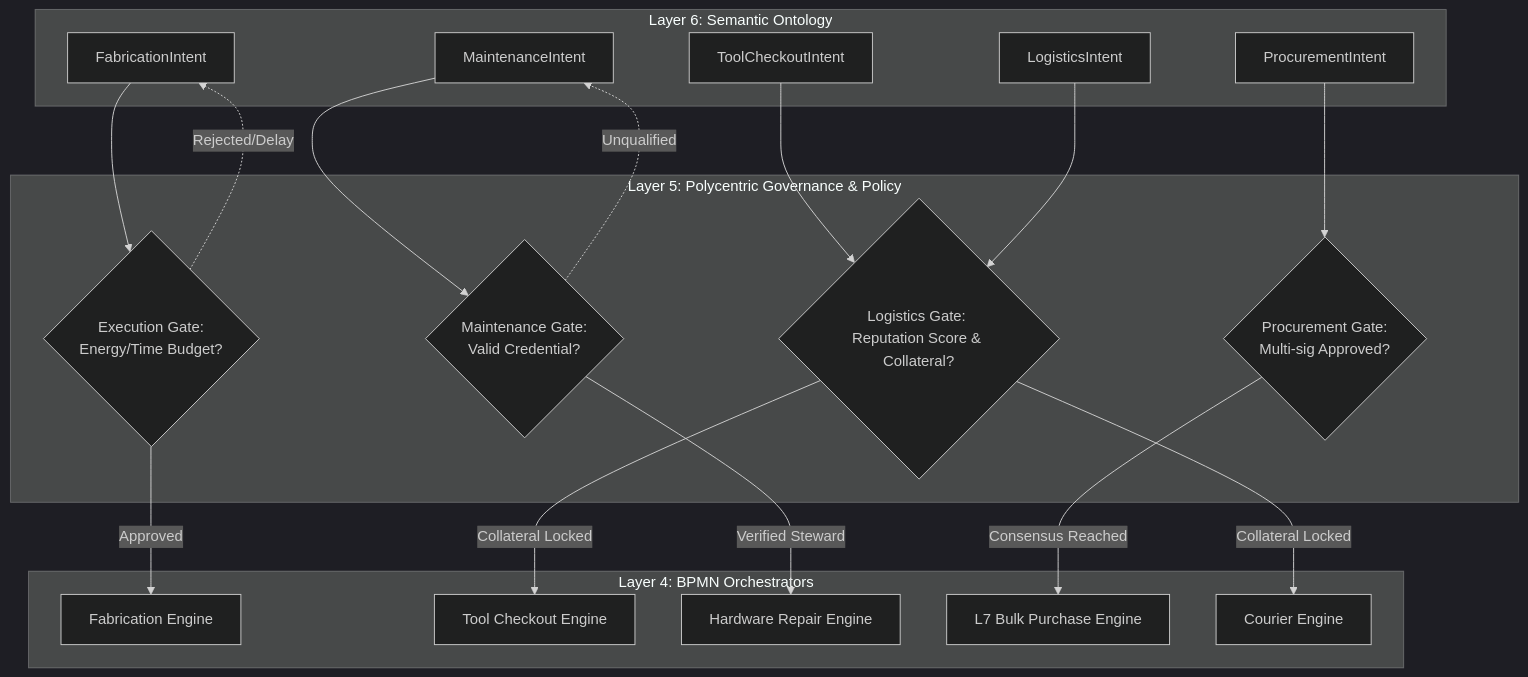
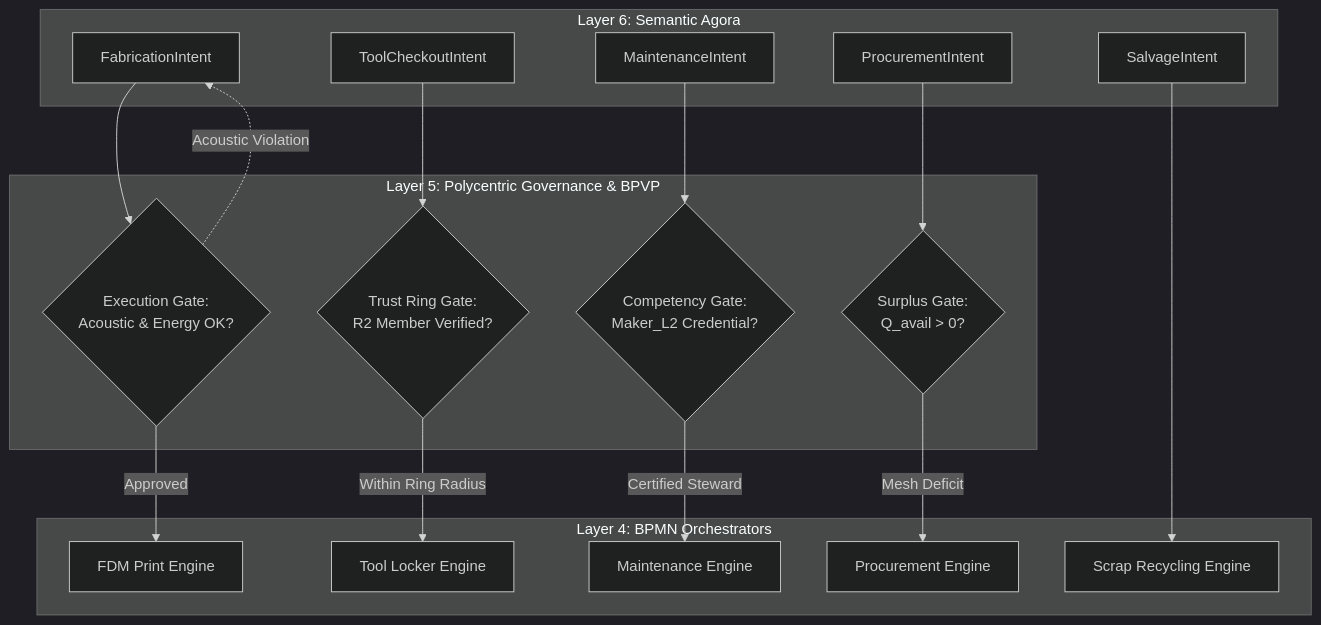
The third of 4 diagrams in docs/scenarios/alpha_fabrication.md (raffaine/collective), drawn with Mermaid (dark theme) before and after one commit. The commit also changed other lines of this file and 23 other files, not shown here.

````diff
--- a/docs/scenarios/alpha_fabrication.md
+++ b/docs/scenarios/alpha_fabrication.md
@@ -105,43 +151,40 @@
 ```mermaid
 graph TD
-    subgraph Layer 6: Semantic Ontology
+    subgraph Layer 6: Semantic Agora
         L6_Fab[FabricationIntent]
         L6_Tool[ToolCheckoutIntent]
         L6_Maint[MaintenanceIntent]
         L6_Proc[ProcurementIntent]
-        L6_Log[LogisticsIntent]
+        L6_Sal[SalvageIntent]
     end
 
-    subgraph Layer 5: Polycentric Governance & Policy
-        P_Exec{Execution Gate: <br>Energy/Time Budget?}
-        P_Maint{Maintenance Gate: <br>Valid Credential?}
-        P_Proc{Procurement Gate: <br>Multi-sig Approved?}
-        P_Log{Logistics Gate: <br>Reputation Score & Collateral?}
+    subgraph Layer 5: Polycentric Governance & BPVP
+        P_Exec{Execution Gate: <br>Acoustic & Energy OK?}
+        P_Trust{Trust Ring Gate: <br>R2 Member Verified?}
+        P_Skill{Competency Gate: <br>Maker_L2 Credential?}
+        P_Surplus{Surplus Gate: <br>Q_avail > 0?}
     end
 
     subgraph Layer 4: BPMN Orchestrators
-        BPMN_Print[Fabrication Engine]
-        BPMN_Checkout[Tool Checkout Engine]
-        BPMN_Fix[Hardware Repair Engine]
-        BPMN_Buy[L7 Bulk Purchase Engine]
-        BPMN_Move[Courier Engine]
+        BPMN_Print[FDM Print Engine]
+        BPMN_Locker[Tool Locker Engine]
+        BPMN_Repair[Maintenance Engine]
+        BPMN_Supply[Procurement Engine]
+        BPMN_Recycle[Scrap Recycling Engine]
     end
 
-    %% Routing
     L6_Fab --> P_Exec
     P_Exec -->|Approved| BPMN_Print
-    P_Exec -.->|Rejected/Delay| L6_Fab
-    
-    L6_Tool --> P_Log
-    P_Log -->|Collateral Locked| BPMN_Checkout
+    P_Exec -.->|Acoustic Violation| L6_Fab
 
-    L6_Maint --> P_Maint
-    P_Maint -->|Verified Steward| BPMN_Fix
-    P_Maint -.->|Unqualified| L6_Maint
+    L6_Tool --> P_Trust
+    P_Trust -->|Within Ring Radius| BPMN_Locker
 
-    L6_Proc --> P_Proc
-    P_Proc -->|Consensus Reached| BPMN_Buy
-    
-    L6_Log --> P_Log
-    P_Log -->|Collateral Locked| BPMN_Move
+    L6_Maint --> P_Skill
+    P_Skill -->|Certified Steward| BPMN_Repair
+
+    L6_Proc --> P_Surplus
+    P_Surplus -->|Mesh Deficit| BPMN_Supply
+
+    L6_Sal --> BPMN_Recycle
 ```
````
